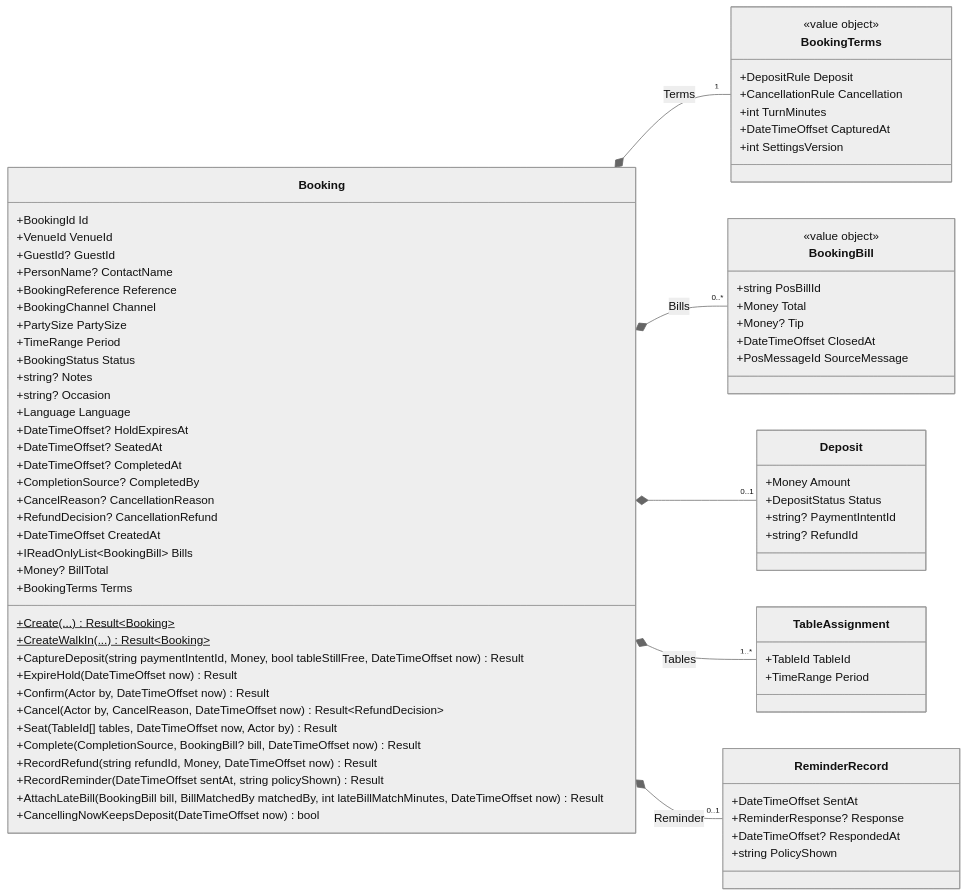
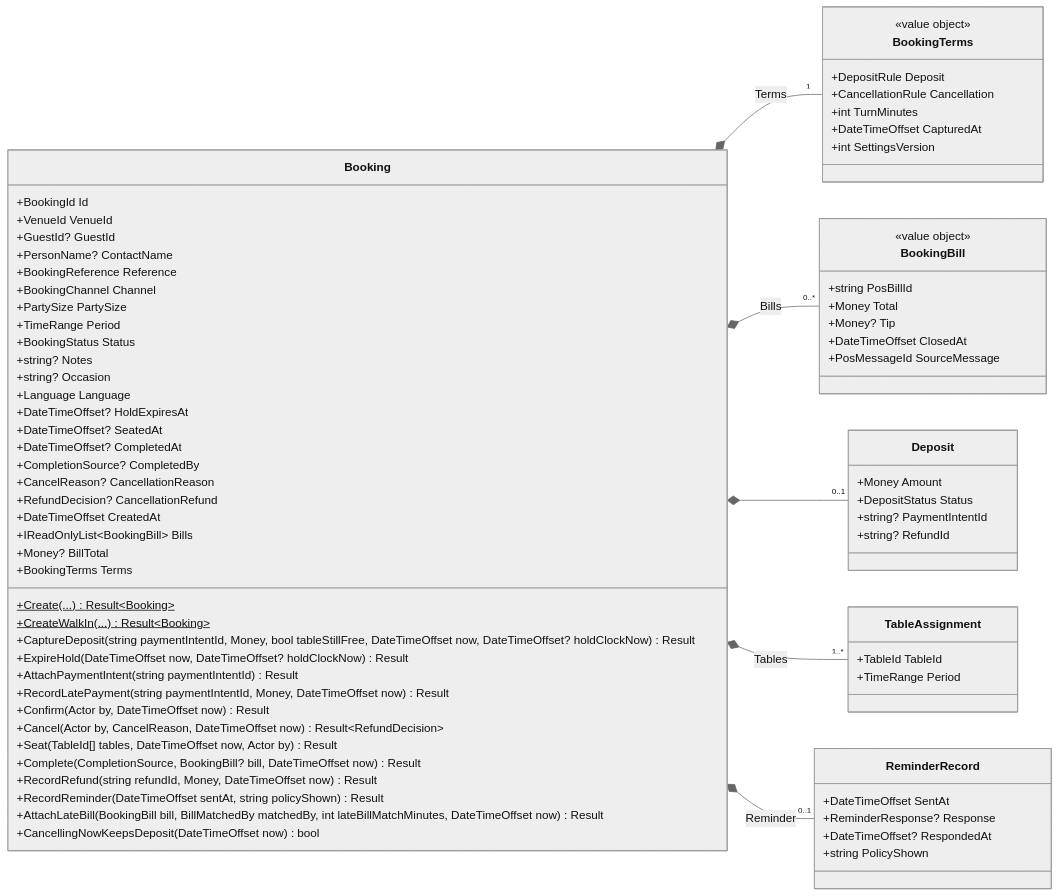
The third of 28 diagrams in docs/Design.md (ring9834/TableReservation), drawn with Mermaid (neutral theme) before and after one commit. The commit also changed other lines of this file and 57 other files, not shown here.

````diff
--- a/docs/Design.md
+++ b/docs/Design.md
@@ -223,77 +224,79 @@
 ```mermaid
 classDiagram
     direction LR
     class Booking {
         +BookingId Id
         +VenueId VenueId
         +GuestId? GuestId
         +PersonName? ContactName
         +BookingReference Reference
         +BookingChannel Channel
         +PartySize PartySize
         +TimeRange Period
         +BookingStatus Status
         +string? Notes
         +string? Occasion
         +Language Language
         +DateTimeOffset? HoldExpiresAt
         +DateTimeOffset? SeatedAt
         +DateTimeOffset? CompletedAt
         +CompletionSource? CompletedBy
         +CancelReason? CancellationReason
         +RefundDecision? CancellationRefund
         +DateTimeOffset CreatedAt
         +IReadOnlyList~BookingBill~ Bills
         +Money? BillTotal
         +BookingTerms Terms
         +Create(...)$ Result~Booking~
         +CreateWalkIn(...)$ Result~Booking~
-        +CaptureDeposit(string paymentIntentId, Money, bool tableStillFree, DateTimeOffset now) Result
-        +ExpireHold(DateTimeOffset now) Result
+        +CaptureDeposit(string paymentIntentId, Money, bool tableStillFree, DateTimeOffset now, DateTimeOffset? holdClockNow) Result
+        +ExpireHold(DateTimeOffset now, DateTimeOffset? holdClockNow) Result
+        +AttachPaymentIntent(string paymentIntentId) Result
+        +RecordLatePayment(string paymentIntentId, Money, DateTimeOffset now) Result
         +Confirm(Actor by, DateTimeOffset now) Result
         +Cancel(Actor by, CancelReason, DateTimeOffset now) Result~RefundDecision~
         +Seat(TableId[] tables, DateTimeOffset now, Actor by) Result
         +Complete(CompletionSource, BookingBill? bill, DateTimeOffset now) Result
         +RecordRefund(string refundId, Money, DateTimeOffset now) Result
         +RecordReminder(DateTimeOffset sentAt, string policyShown) Result
         +AttachLateBill(BookingBill bill, BillMatchedBy matchedBy, int lateBillMatchMinutes, DateTimeOffset now) Result
         +CancellingNowKeepsDeposit(DateTimeOffset now) bool
     }
     class Deposit {
         +Money Amount
         +DepositStatus Status
         +string? PaymentIntentId
         +string? RefundId
     }
     class TableAssignment {
         +TableId TableId
         +TimeRange Period
     }
     class ReminderRecord {
         +DateTimeOffset SentAt
         +ReminderResponse? Response
         +DateTimeOffset? RespondedAt
         +string PolicyShown
     }
     class BookingTerms {
         <<value object>>
         +DepositRule Deposit
         +CancellationRule Cancellation
         +int TurnMinutes
         +DateTimeOffset CapturedAt
         +int SettingsVersion
     }
     Booking *-- "1" BookingTerms : Terms
     class BookingBill {
         <<value object>>
         +string PosBillId
         +Money Total
         +Money? Tip
         +DateTimeOffset ClosedAt
         +PosMessageId SourceMessage
     }
     Booking *-- "0..*" BookingBill : Bills
     Booking *-- "0..1" Deposit
     Booking *-- "1..*" TableAssignment : Tables
     Booking *-- "0..1" ReminderRecord : Reminder
 ```
````
